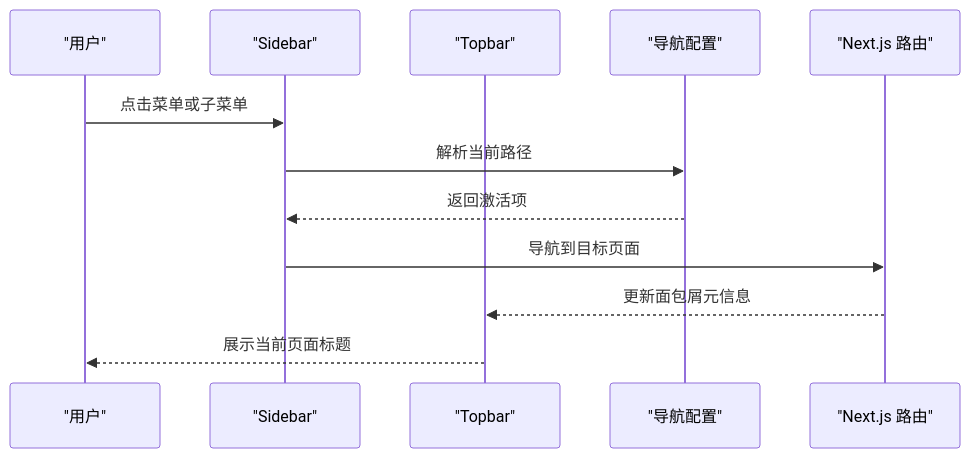
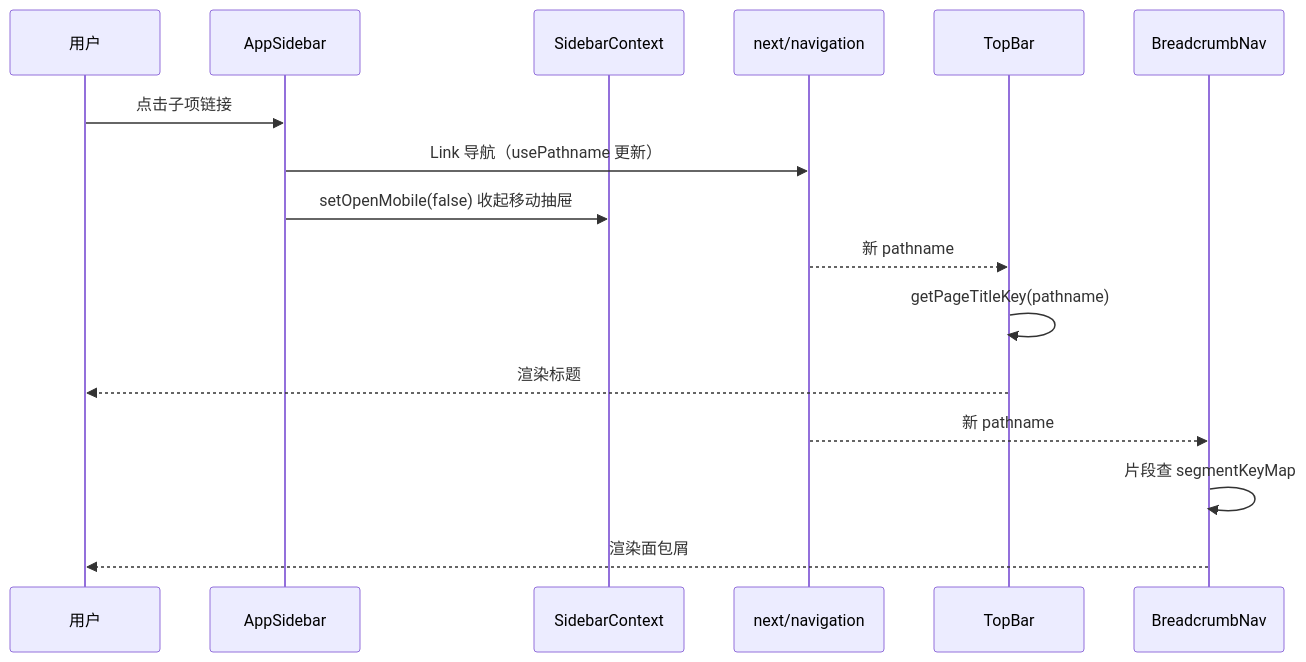
One commit to x01n/My-OpenWaf changed the sixth of 9 diagrams in docs/前端管理界面/前端管理界面.md. Above: the diagram before and after it, drawn with Mermaid. The commit also changed other lines of this file and 622 other files, not shown here.

````diff
--- a/docs/前端管理界面/前端管理界面.md
+++ b/docs/前端管理界面/前端管理界面.md
@@ -266,14 +488,18 @@
 ```mermaid
 sequenceDiagram
-participant U as "用户"
-participant SB as "Sidebar"
-participant TB as "Topbar"
-participant NAV as "导航配置"
-participant RT as "Next.js 路由"
-U->>SB : 点击菜单或子菜单
-SB->>NAV : 解析当前路径
-NAV-->>SB : 返回激活项
-SB->>RT : 导航到目标页面
-RT-->>TB : 更新面包屑元信息
-TB-->>U : 展示当前页面标题
+  participant U as 用户
+  participant SB as AppSidebar
+  participant CTX as SidebarContext
+  participant RT as next/navigation
+  participant TB as TopBar
+  participant BC as BreadcrumbNav
+  U->>SB: 点击子项链接
+  SB->>RT: Link 导航（usePathname 更新）
+  SB->>CTX: setOpenMobile(false) 收起移动抽屉
+  RT-->>TB: 新 pathname
+  TB->>TB: getPageTitleKey(pathname)
+  TB-->>U: 渲染标题
+  RT-->>BC: 新 pathname
+  BC->>BC: 片段查 segmentKeyMap
+  BC-->>U: 渲染面包屑
 ```
````
